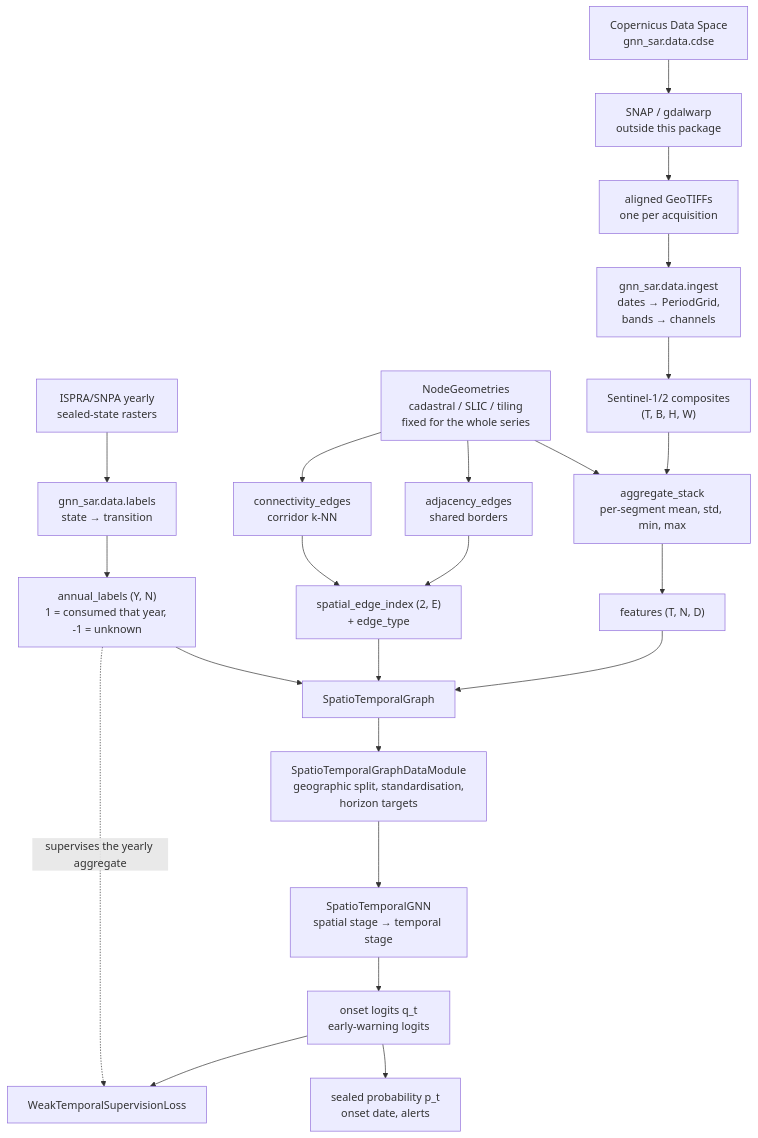
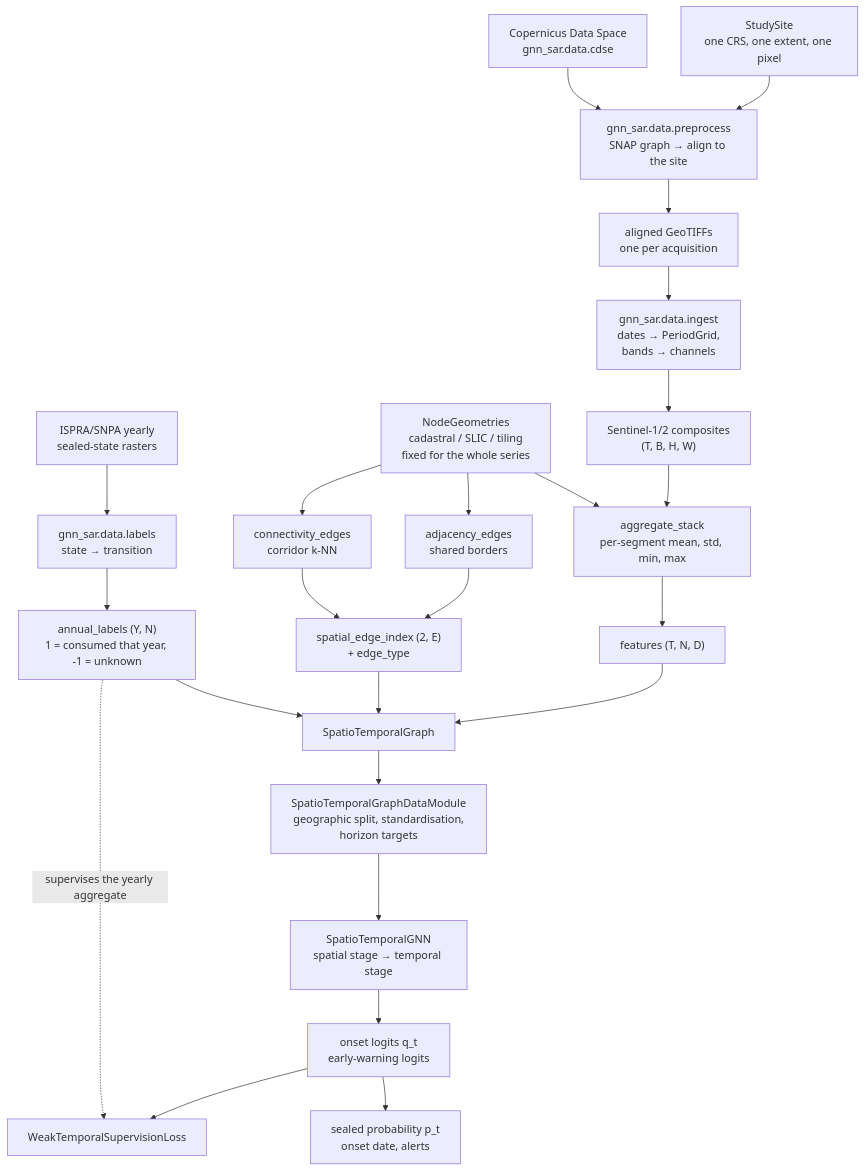
Before and after one commit to matteo-campana/gnn-sar: the diagram in ARCHITECTURE.md, drawn with Mermaid. The commit also changed other lines of this file and 18 other files, not shown here.

````diff
--- a/ARCHITECTURE.md
+++ b/ARCHITECTURE.md
@@ -10,28 +10,29 @@
 ```mermaid
 flowchart TD
+    SITE["StudySite<br/>one CRS, one extent, one pixel"] --> PREP
     CDSE["Copernicus Data Space<br/>gnn_sar.data.cdse"] --> PREP
-    PREP["SNAP / gdalwarp<br/>outside this package"] --> TIFF
+    PREP["gnn_sar.data.preprocess<br/>SNAP graph → align to the site"] --> TIFF
     TIFF["aligned GeoTIFFs<br/>one per acquisition"] --> INGEST
     INGEST["gnn_sar.data.ingest<br/>dates → PeriodGrid,<br/>bands → channels"] --> RASTER
     RASTER["Sentinel-1/2 composites<br/>(T, B, H, W)"] --> AGG
     GEOM["NodeGeometries<br/>cadastral / SLIC / tiling<br/>fixed for the whole series"] --> AGG
     AGG["aggregate_stack<br/>per-segment mean, std, min, max"] --> FEAT["features (T, N, D)"]
 
     GEOM --> ADJ["adjacency_edges<br/>shared borders"]
     GEOM --> CONN["connectivity_edges<br/>corridor k-NN"]
     ADJ --> EDGES["spatial_edge_index (2, E)<br/>+ edge_type"]
     CONN --> EDGES
 
     FEAT --> GRAPH["SpatioTemporalGraph"]
     EDGES --> GRAPH
     ISPRA["ISPRA/SNPA yearly<br/>sealed-state rasters"] --> LAB
     LAB["gnn_sar.data.labels<br/>state → transition"] --> LABELS
     LABELS["annual_labels (Y, N)<br/>1 = consumed that year, -1 = unknown"] --> GRAPH
 
     GRAPH --> DM["SpatioTemporalGraphDataModule<br/>geographic split, standardisation,<br/>horizon targets"]
     DM --> MODEL["SpatioTemporalGNN<br/>spatial stage → temporal stage"]
     MODEL --> HEADS["onset logits q_t<br/>early-warning logits"]
     HEADS --> LOSS["WeakTemporalSupervisionLoss"]
     HEADS --> MAPS["sealed probability p_t<br/>onset date, alerts"]
     LABELS -. supervises the yearly aggregate .-> LOSS
 ```
````
